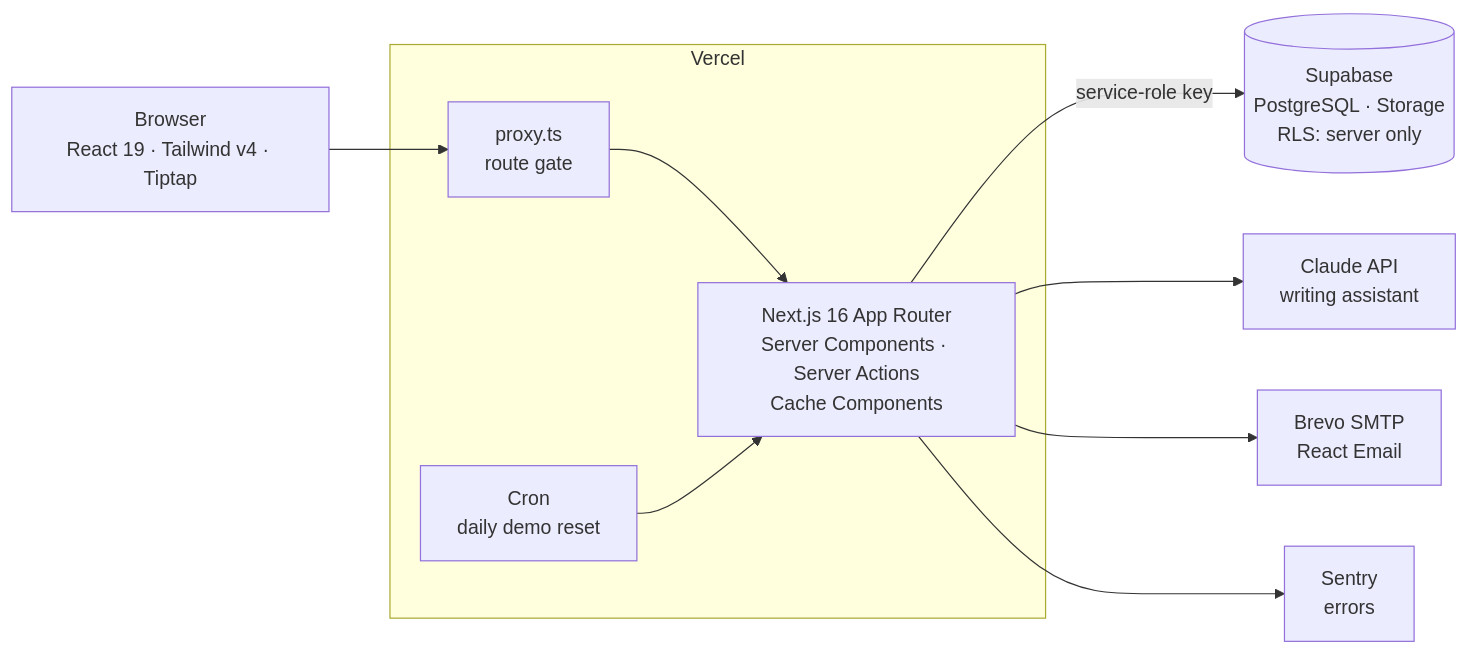
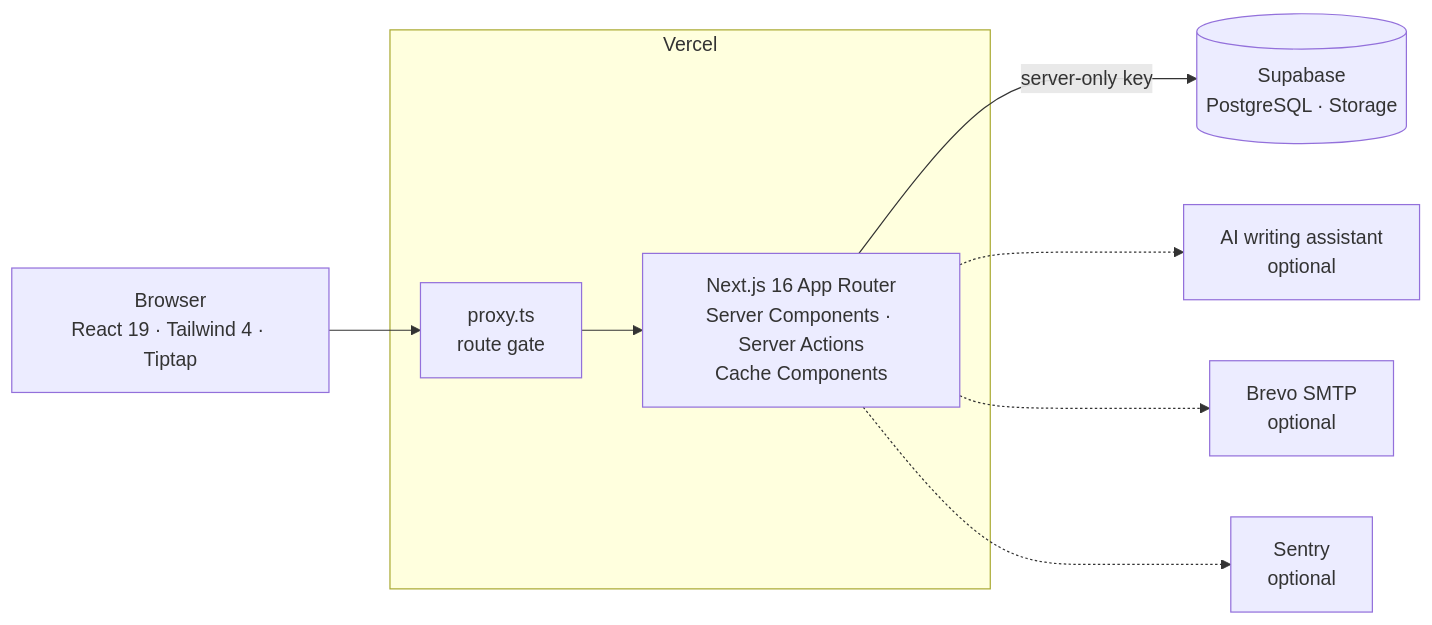
One commit to Eqbal-eo/Blog changed the diagram in README.md. Above: the diagram before and after it, drawn with Mermaid. The commit also changed other lines of this file and 12 other files, not shown here.

````diff
--- a/README.md
+++ b/README.md
@@ -46,20 +96,18 @@
 ```mermaid
 flowchart LR
-  Browser["Browser<br/>React 19 · Tailwind v4 · Tiptap"]
+  Browser["Browser<br/>React 19 · Tailwind 4 · Tiptap"]
   subgraph Vercel
+    Proxy["proxy.ts<br/>route gate"]
     Next["Next.js 16 App Router<br/>Server Components · Server Actions<br/>Cache Components"]
-    Proxy["proxy.ts<br/>route gate"]
-    Cron["Cron<br/>daily demo reset"]
   end
-  Supabase[("Supabase<br/>PostgreSQL · Storage<br/>RLS: server only")]
-  Claude["Claude API<br/>writing assistant"]
-  Brevo["Brevo SMTP<br/>React Email"]
-  Sentry["Sentry<br/>errors"]
+  Supabase[("Supabase<br/>PostgreSQL · Storage")]
+  AI["AI writing assistant<br/>optional"]
+  Brevo["Brevo SMTP<br/>optional"]
+  Sentry["Sentry<br/>optional"]
 
   Browser --> Proxy --> Next
-  Next -- "service-role key" --> Supabase
-  Next --> Claude
-  Next --> Brevo
-  Next --> Sentry
-  Cron --> Next
+  Next -- "server-only key" --> Supabase
+  Next -.-> AI
+  Next -.-> Brevo
+  Next -.-> Sentry
 ```
````
